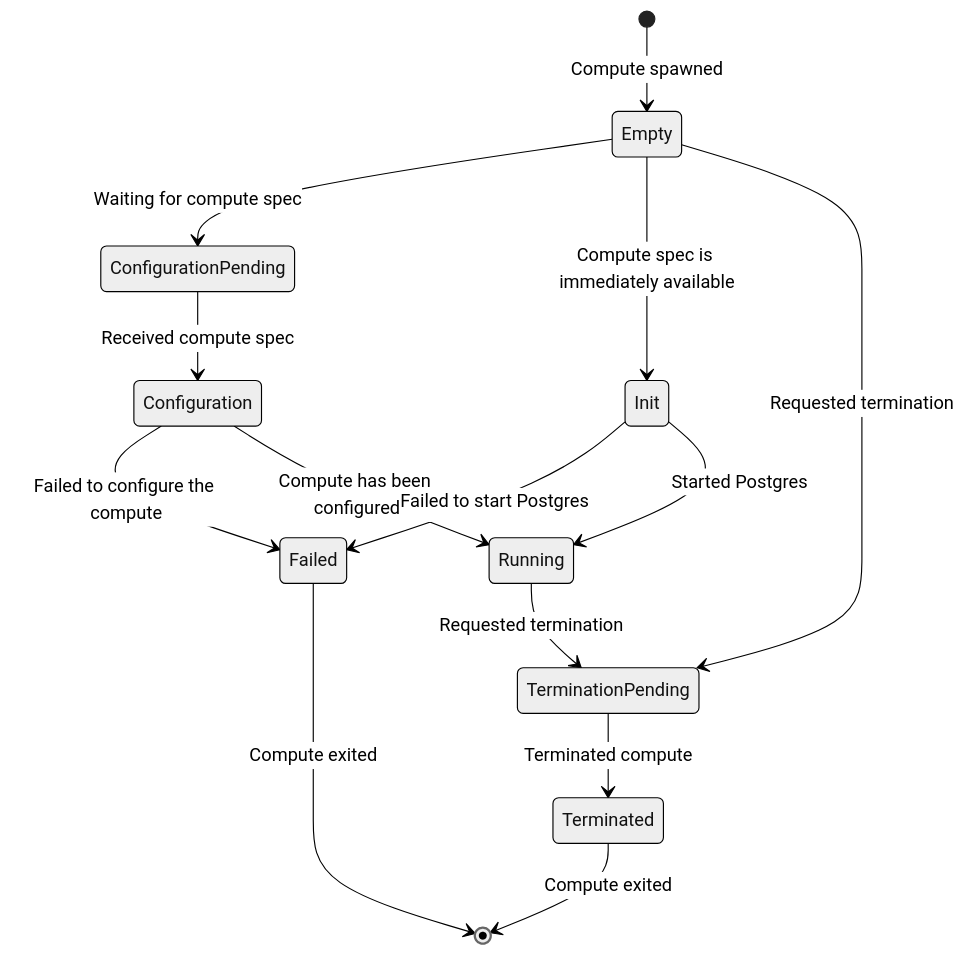
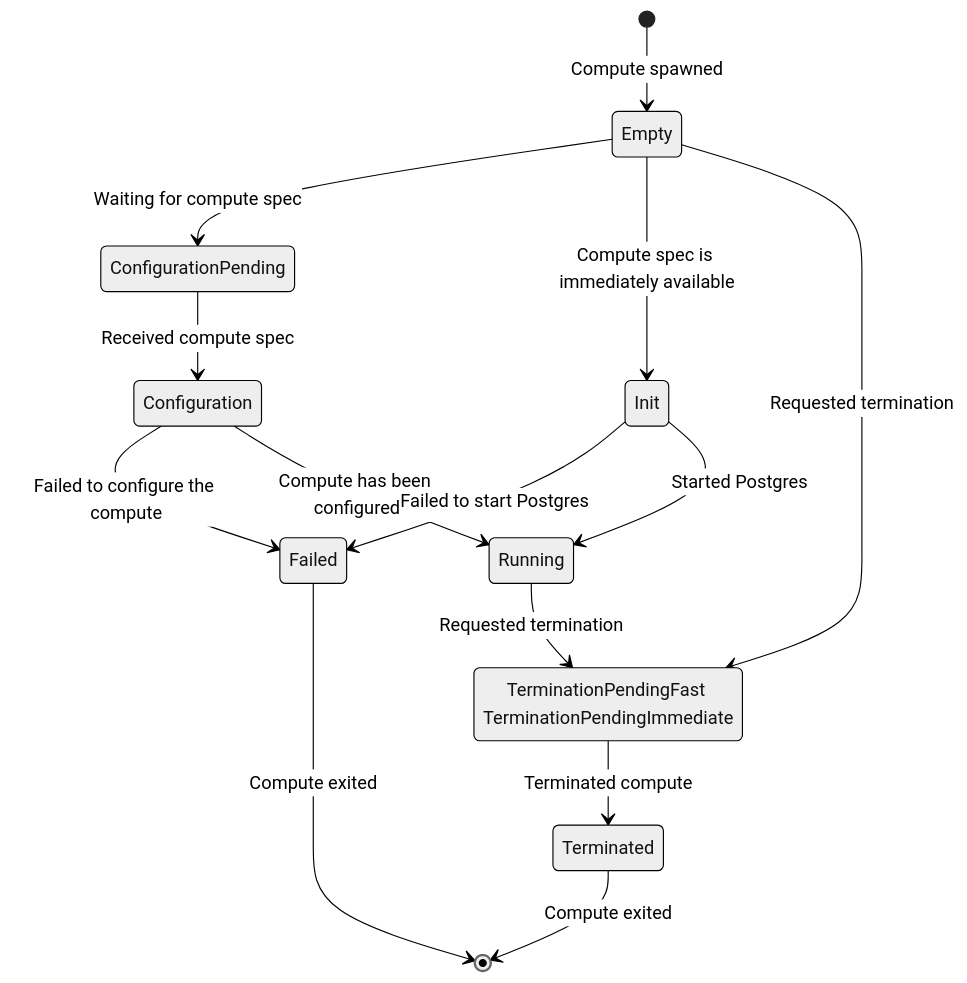
One commit to neondatabase/neon changed the diagram in compute_tools/README.md. Above: the diagram before and after it, drawn with Mermaid (neutral theme).

````diff
--- a/compute_tools/README.md
+++ b/compute_tools/README.md
@@ -40,17 +40,18 @@
 ```mermaid
 %% https://mermaid.js.org/syntax/stateDiagram.html
 stateDiagram-v2
+  terminating: TerminationPendingFast TerminationPendingImmediate
   [*] --> Empty : Compute spawned
   Empty --> ConfigurationPending : Waiting for compute spec
   ConfigurationPending --> Configuration : Received compute spec
   Configuration --> Failed : Failed to configure the compute
   Configuration --> Running : Compute has been configured
   Empty --> Init : Compute spec is immediately available
-  Empty --> TerminationPending : Requested termination
+  Empty --> terminating : Requested termination
   Init --> Failed : Failed to start Postgres
   Init --> Running : Started Postgres
-  Running --> TerminationPending : Requested termination
-  TerminationPending --> Terminated : Terminated compute
+  Running --> terminating : Requested termination
+  terminating --> Terminated : Terminated compute
   Failed --> [*] : Compute exited
   Terminated --> [*] : Compute exited
 ```
````
